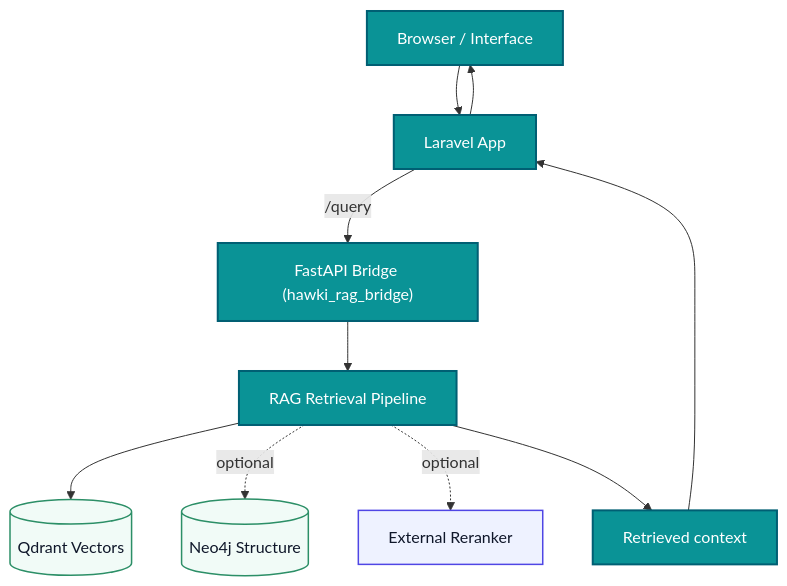
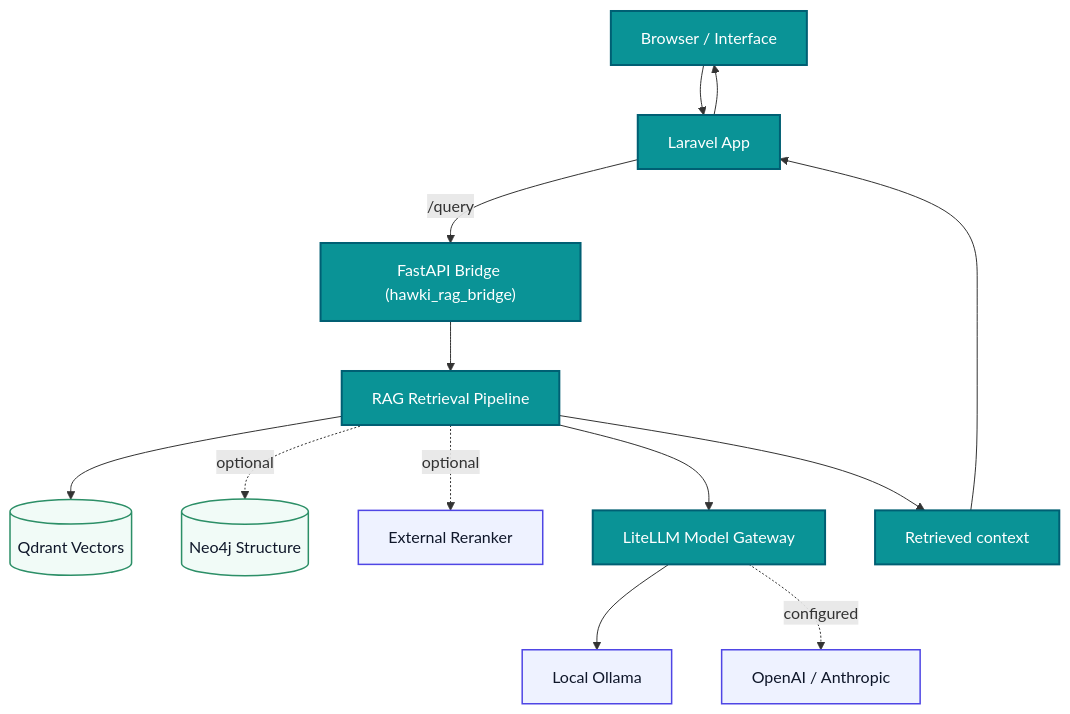
Before and after one commit to hawk-digital-environments/HAWKI-RAG: the diagram in _documentation/Getting Started/3_introduction_architecture.md, drawn with Mermaid. The commit also changed other lines of this file and 44 other files, not shown here.

Commit message:
feat(rag): route model runtime through LiteLLM

````diff
--- a/_documentation/Getting Started/3_introduction_architecture.md
+++ b/_documentation/Getting Started/3_introduction_architecture.md
@@ -29,21 +30,24 @@
 ```mermaid
 flowchart TB
     UI["Browser / Interface"] --> Laravel["Laravel App"]
     Laravel -->|"/query"| Bridge["FastAPI Bridge (hawki_rag_bridge)"]
     Bridge --> Pipeline["RAG Retrieval Pipeline"]
 
     Pipeline --> Qdrant[("Qdrant Vectors")]
     Pipeline -. optional .-> Neo4j[("Neo4j Structure")]
     Pipeline -. optional .-> Rerank["External Reranker"]
+    Pipeline --> LiteLLM["LiteLLM Model Gateway"]
+    LiteLLM --> Ollama["Local Ollama"]
+    LiteLLM -. configured .-> Cloud["OpenAI / Anthropic"]
 
     Pipeline --> Result["Retrieved context"]
     Result --> Laravel --> UI
 
     classDef core fill:#0a9396,color:#ffffff,stroke:#005f73,stroke-width:2px,font-size:16px;
     classDef data fill:#f1fbf7,color:#0f172a,stroke:#2c8f67,stroke-width:1.5px,font-size:16px;
     classDef side fill:#eef2ff,color:#0f172a,stroke:#4f46e5,stroke-width:1.5px,font-size:16px;
 
-    class UI,Laravel,Bridge,Pipeline,Result core;
+    class UI,Laravel,Bridge,Pipeline,Result,LiteLLM core;
     class Qdrant,Neo4j data;
-    class Rerank side;
+    class Rerank,Ollama,Cloud side;
 ```
````
